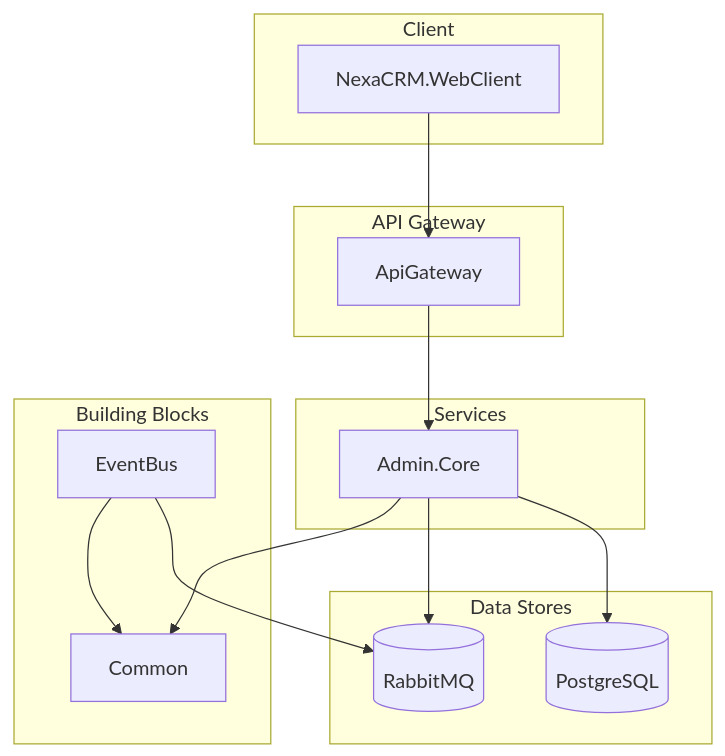
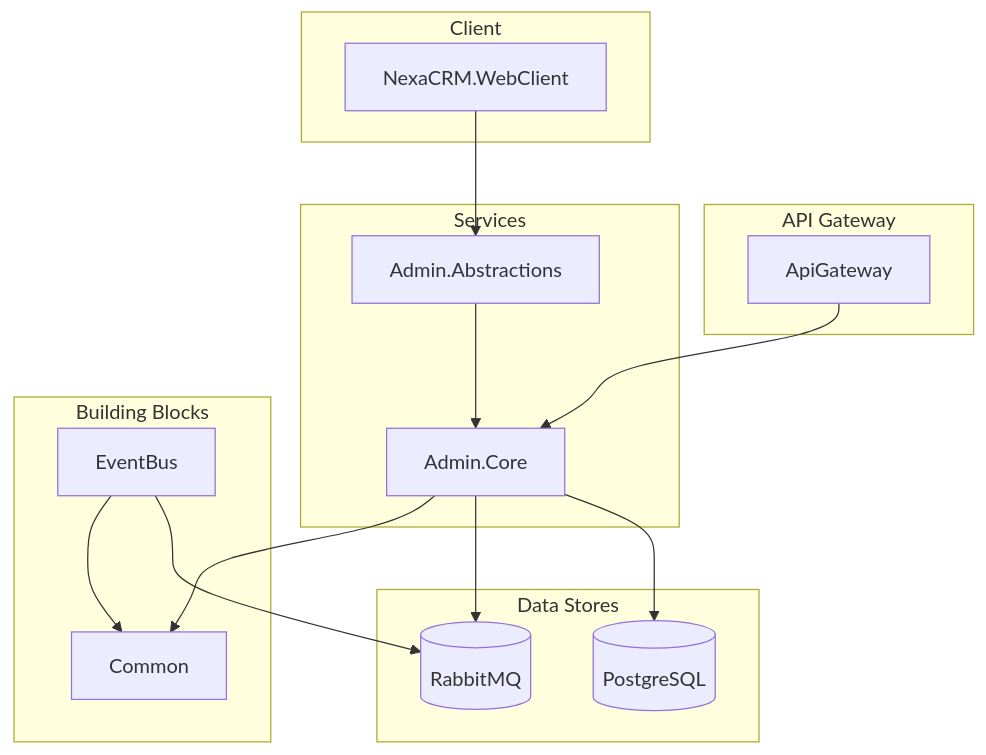
Before and after one commit to Kidd-90/-NexaCRM-: the diagram in README.md, drawn with Mermaid. The commit also changed other lines of this file and 132 other files, not shown here.

Commit message:
refactor: split admin abstractions for wasm

````diff
--- a/README.md
+++ b/README.md
@@ -30,34 +30,36 @@
 ```mermaid
 graph TD
     subgraph "Client"
         A[NexaCRM.WebClient]
     end
 
     subgraph "API Gateway"
         B[ApiGateway]
     end
 
     subgraph "Services"
+        D[Admin.Abstractions]
         C[Admin.Core]
     end
 
     subgraph "Building Blocks"
         F[EventBus]
         G[Common]
     end
 
     subgraph "Data Stores"
         H[(PostgreSQL)]
         I[(RabbitMQ)]
     end
 
-    A --> B
+    A --> D
+    D --> C
     B --> C
 
     C --> H
     C --> I
 
     F --> I
     C --> G
     F --> G
 ```
````
